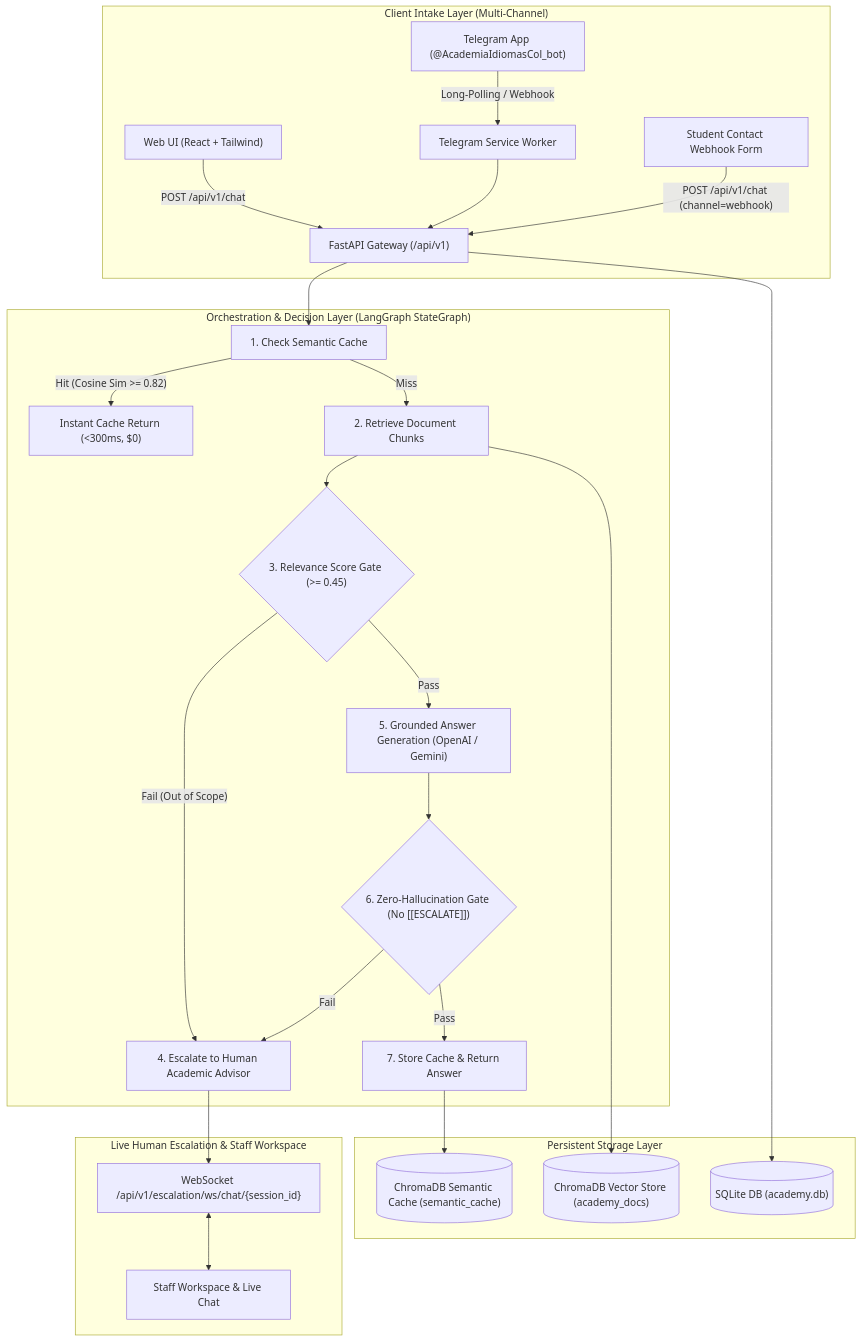
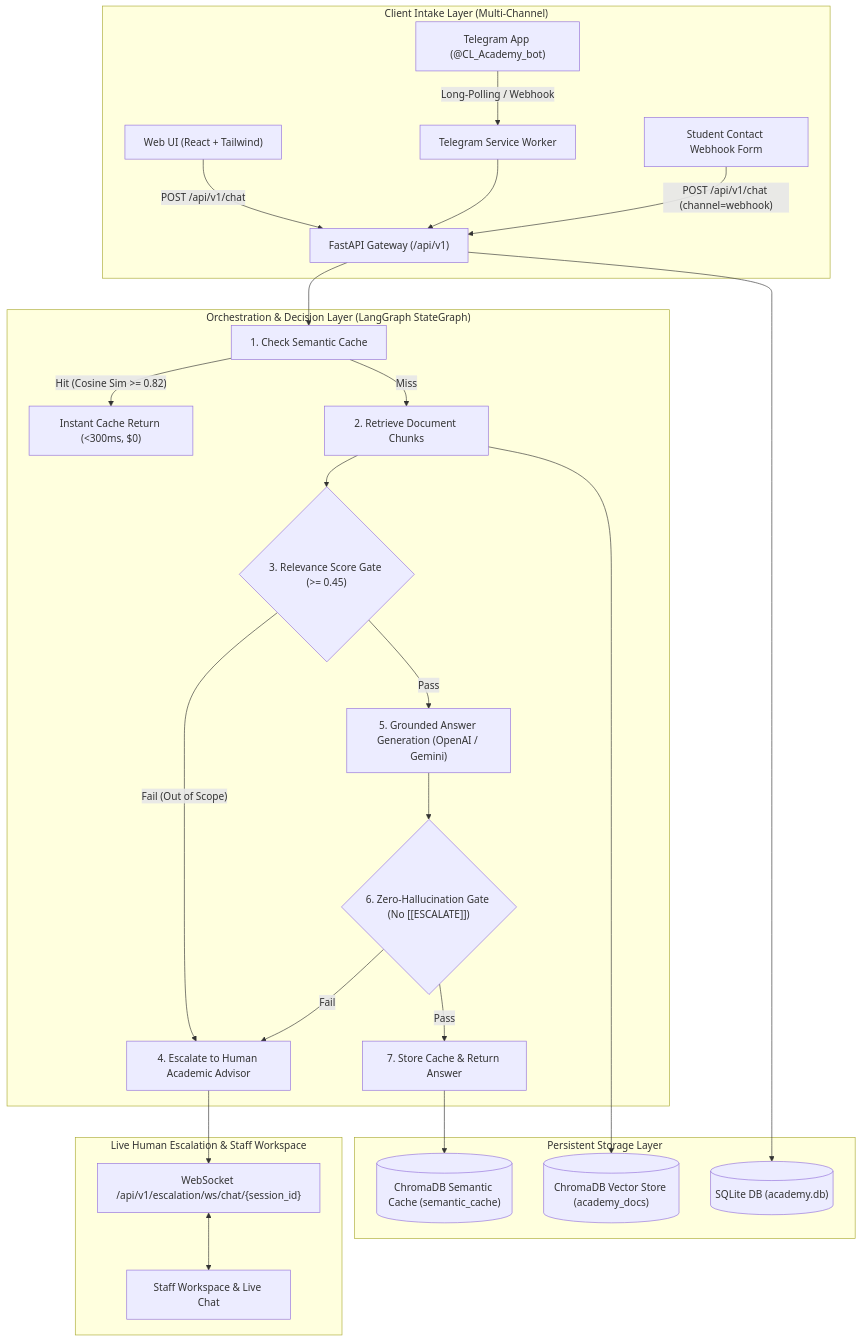
The diagram in README.md (danieldev-761/prueba_desempenio_ai_daniel_e), drawn with Mermaid before and after one commit. The commit also changed 6 other files, not shown here.

Commit message:
feat: configure official telegram bot CL_Academy_bot across backend, frontend navbar, docker-compose and documentation

````diff
--- a/README.md
+++ b/README.md
@@ -16,32 +16,32 @@
 ```mermaid
 graph TD
     subgraph "Client Intake Layer (Multi-Channel)"
         WebClient["Web UI (React + Tailwind)"] -->|"POST /api/v1/chat"| FastAPIGateway
-        TelegramClient["Telegram App (@AcademiaIdiomasCol_bot)"] -->|"Long-Polling / Webhook"| TelegramWorker["Telegram Service Worker"]
+        TelegramClient["Telegram App (@CL_Academy_bot)"] -->|"Long-Polling / Webhook"| TelegramWorker["Telegram Service Worker"]
         TelegramWorker --> FastAPIGateway["FastAPI Gateway (/api/v1)"]
         WebhookClient["Student Contact Webhook Form"] -->|"POST /api/v1/chat (channel=webhook)"| FastAPIGateway
     end
 
     subgraph "Orchestration & Decision Layer (LangGraph StateGraph)"
         FastAPIGateway --> CheckCache["1. Check Semantic Cache"]
         CheckCache -->|"Hit (Cosine Sim >= 0.82)"| ReturnCache["Instant Cache Return (<300ms, $0)"]
         CheckCache -->|"Miss"| Retrieve["2. Retrieve Document Chunks"]
         Retrieve --> RelevanceGate{"3. Relevance Score Gate (>= 0.45)"}
         RelevanceGate -->|"Fail (Out of Scope)"| Escalate["4. Escalate to Human Academic Advisor"]
         RelevanceGate -->|"Pass"| Generate["5. Grounded Answer Generation (OpenAI / Gemini)"]
         Generate --> GroundingGate{"6. Zero-Hallucination Gate (No [[ESCALATE]])"}
         GroundingGate -->|"Fail"| Escalate
         GroundingGate -->|"Pass"| Finalize["7. Store Cache & Return Answer"]
     end
 
     subgraph "Live Human Escalation & Staff Workspace"
         Escalate --> LiveChatWS["WebSocket /api/v1/escalation/ws/chat/{session_id}"]
         LiveChatWS <--> AdminPortal["Staff Workspace & Live Chat"]
     end
 
     subgraph "Persistent Storage Layer"
         Retrieve --> ChromaDB[("ChromaDB Vector Store (academy_docs)")]
         Finalize --> ChromaCache[("ChromaDB Semantic Cache (semantic_cache)")]
         FastAPIGateway --> SQLite[("SQLite DB (academy.db)")]
     end
 ```
````
